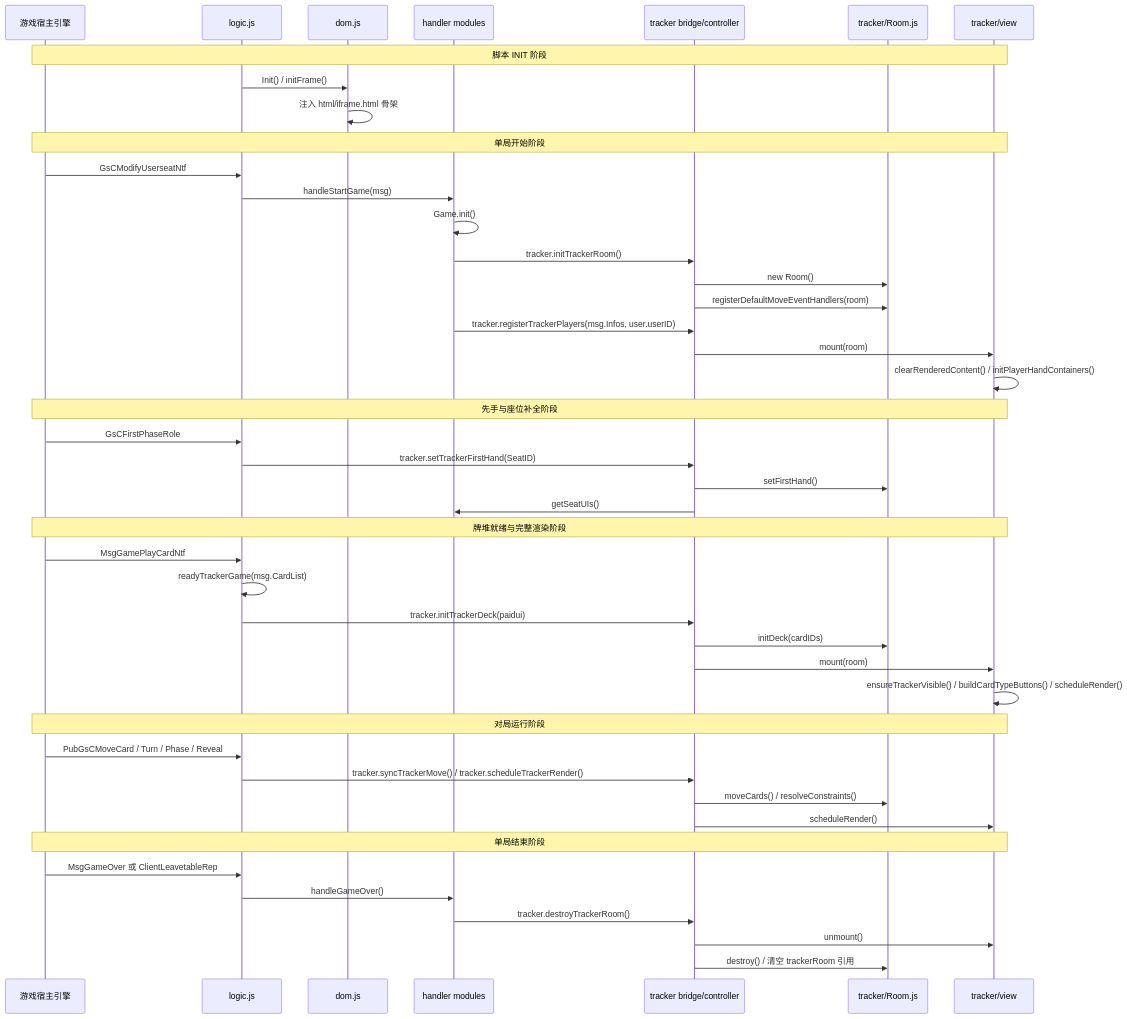
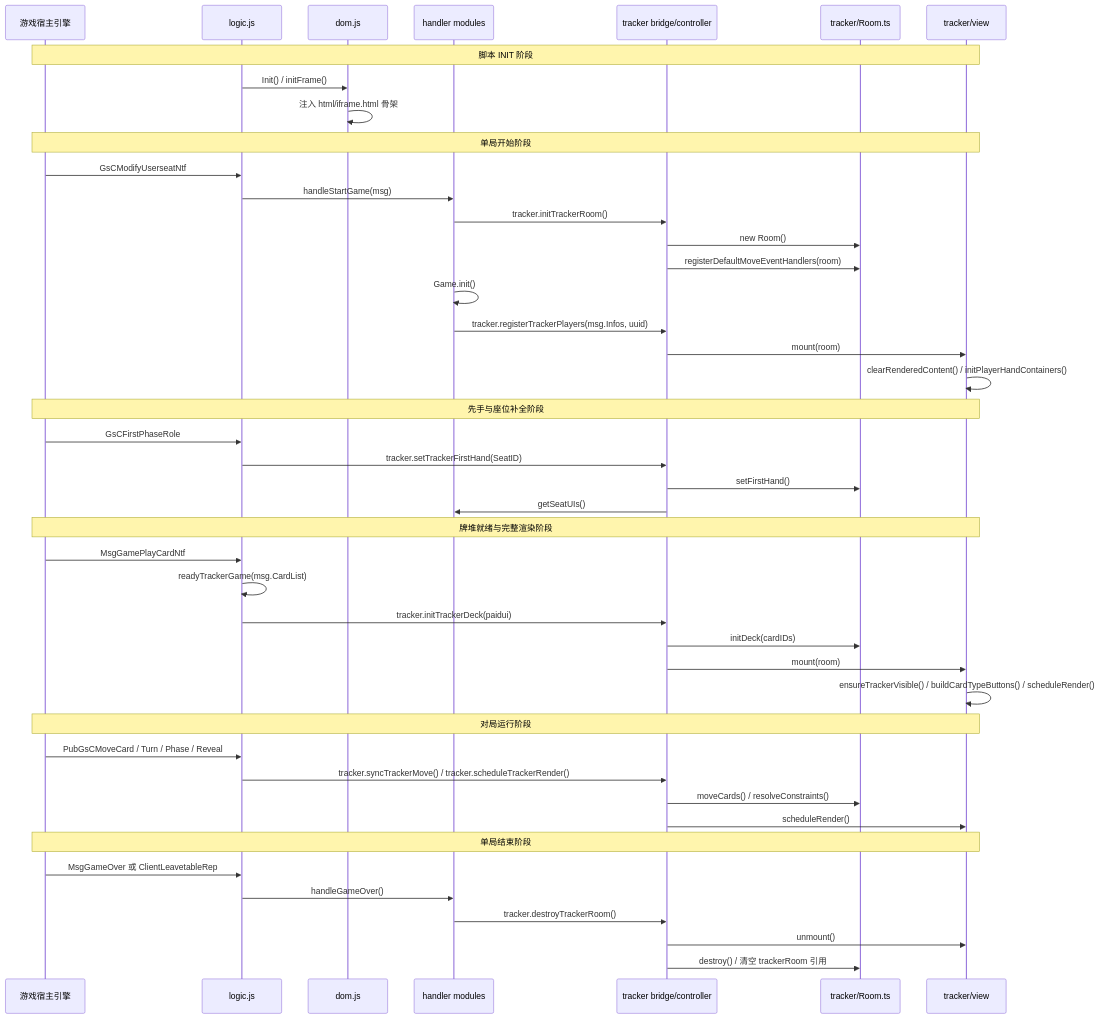
Before and after one commit to llsccm/tracker: the second of 3 diagrams in docs/agents/lifecycle.md, drawn with Mermaid. The commit also changed other lines of this file and 8 other files, not shown here.

````diff
--- a/docs/agents/lifecycle.md
+++ b/docs/agents/lifecycle.md
@@ -66,52 +66,52 @@
 ```mermaid
 sequenceDiagram
     participant Engine as 游戏宿主引擎
     participant Logic as logic.js
     participant Dom as dom.js
     participant Handler as handler modules
     participant Bridge as tracker bridge/controller
-    participant Room as tracker/Room.js
+    participant Room as tracker/Room.ts
     participant View as tracker/view
 
     Note over Engine,View: 脚本 INIT 阶段
     Logic ->> Dom: Init() / initFrame()
     Dom ->> Dom: 注入 html/iframe.html 骨架
 
     Note over Engine,View: 单局开始阶段
     Engine ->> Logic: GsCModifyUserseatNtf
     Logic ->> Handler: handleStartGame(msg)
-    Handler ->> Handler: Game.init()
     Handler ->> Bridge: tracker.initTrackerRoom()
     Bridge ->> Room: new Room()
     Bridge ->> Room: registerDefaultMoveEventHandlers(room)
-    Handler ->> Bridge: tracker.registerTrackerPlayers(msg.Infos, user.userID)
+    Handler ->> Handler: Game.init()
+    Handler ->> Bridge: tracker.registerTrackerPlayers(msg.Infos, uuid)
     Bridge ->> View: mount(room)
     View ->> View: clearRenderedContent() / initPlayerHandContainers()
 
     Note over Engine,View: 先手与座位补全阶段
     Engine ->> Logic: GsCFirstPhaseRole
     Logic ->> Bridge: tracker.setTrackerFirstHand(SeatID)
     Bridge ->> Room: setFirstHand()
     Bridge ->> Handler: getSeatUIs()
 
     Note over Engine,View: 牌堆就绪与完整渲染阶段
     Engine ->> Logic: MsgGamePlayCardNtf
     Logic ->> Logic: readyTrackerGame(msg.CardList)
     Logic ->> Bridge: tracker.initTrackerDeck(paidui)
     Bridge ->> Room: initDeck(cardIDs)
     Bridge ->> View: mount(room)
     View ->> View: ensureTrackerVisible() / buildCardTypeButtons() / scheduleRender()
 
     Note over Engine,View: 对局运行阶段
     Engine ->> Logic: PubGsCMoveCard / Turn / Phase / Reveal
     Logic ->> Bridge: tracker.syncTrackerMove() / tracker.scheduleTrackerRender()
     Bridge ->> Room: moveCards() / resolveConstraints()
     Bridge ->> View: scheduleRender()
 
     Note over Engine,View: 单局结束阶段
     Engine ->> Logic: MsgGameOver 或 ClientLeavetableRep
     Logic ->> Handler: handleGameOver()
     Handler ->> Bridge: tracker.destroyTrackerRoom()
     Bridge ->> View: unmount()
     Bridge ->> Room: destroy() / 清空 trackerRoom 引用
 ```
````
